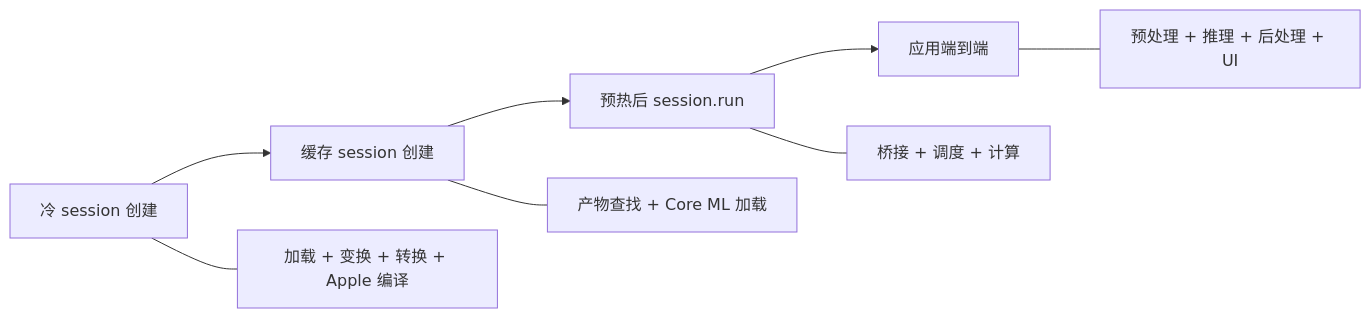
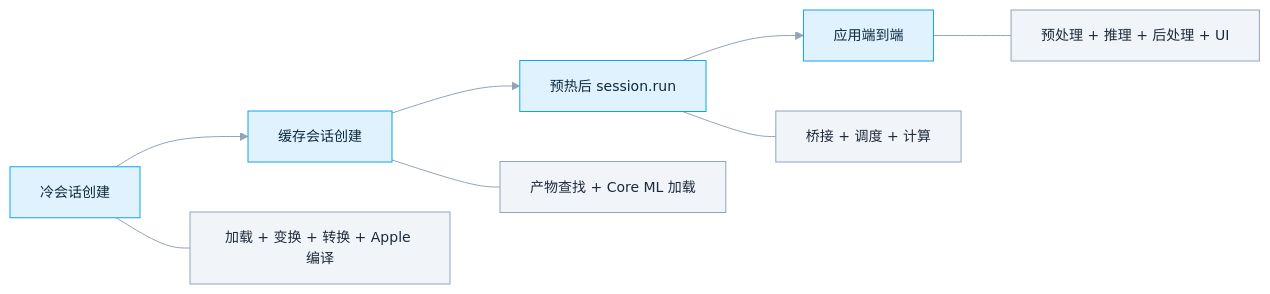
Before and after one commit to DakeQQ/Tutorial-ONNX-Runtime-Execution-Providers: the tenth of 12 diagrams in Apple/README.zh-CN.md, drawn with Mermaid. The commit also changed other lines of this file and 15 other files, not shown here.

````diff
--- a/Apple/README.zh-CN.md
+++ b/Apple/README.zh-CN.md
@@ -442,10 +570,15 @@
 ```mermaid
+%%{init: {"theme":"base","themeVariables":{"fontSize":"14px","lineColor":"#94a3b8","edgeLabelBackground":"#e2e8f0","primaryTextColor":"#1e293b"}}}%%
 flowchart LR
-  A[冷 session 创建] --> B[缓存 session 创建]
-  B --> C[预热后 session.run]
-  C --> D[应用端到端]
-  A --- A1[加载 + 变换 + 转换 + Apple 编译]
-  B --- B1[产物查找 + Core ML 加载]
-  C --- C1[桥接 + 调度 + 计算]
-  D --- D1[预处理 + 推理 + 后处理 + UI]
+  A["冷会话创建"] --> B["缓存会话创建"]
+  B --> C["预热后 session.run"]
+  C --> D["应用端到端"]
+  A --- A1["加载 + 变换 + 转换 + Apple 编译"]
+  B --- B1["产物查找 + Core ML 加载"]
+  C --- C1["桥接 + 调度 + 计算"]
+  D --- D1["预处理 + 推理 + 后处理 + UI"]
+  classDef step fill:#e0f2fe,stroke:#0ea5e9,color:#0c2a3d;
+  classDef note fill:#f1f5f9,stroke:#94a3b8,color:#1e293b;
+  class A,B,C,D step;
+  class A1,B1,C1,D1 note;
 ```
````
